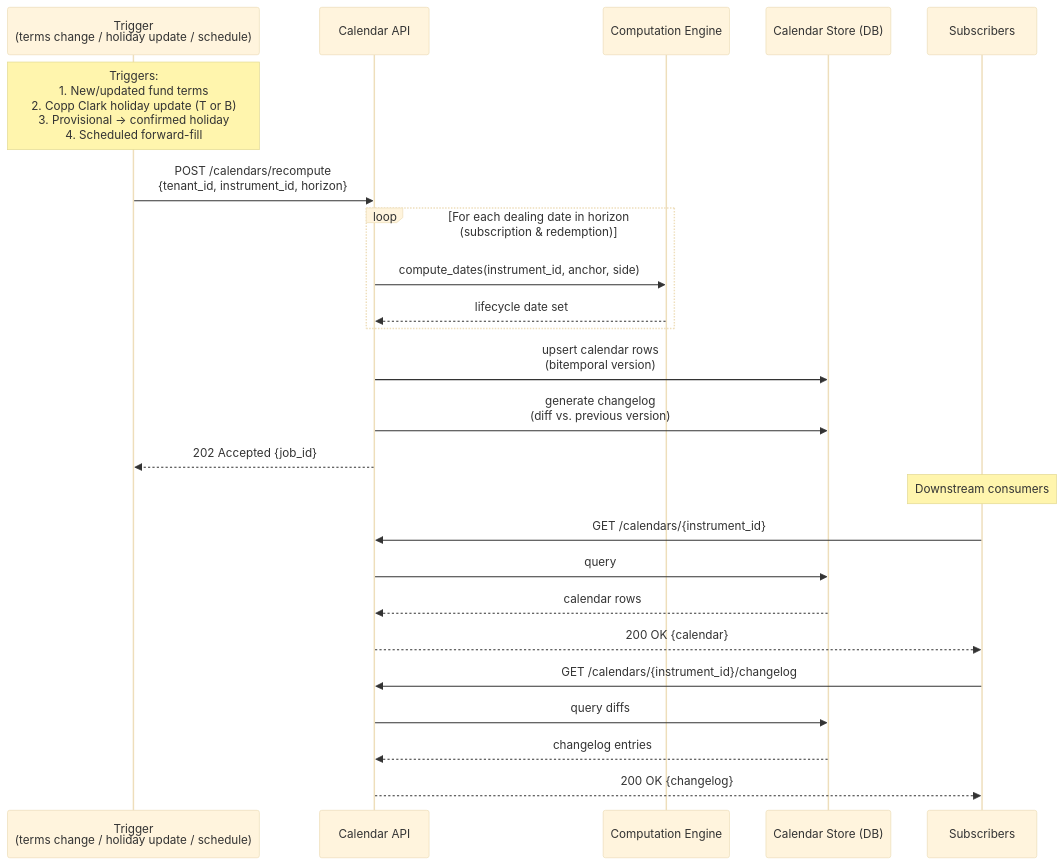
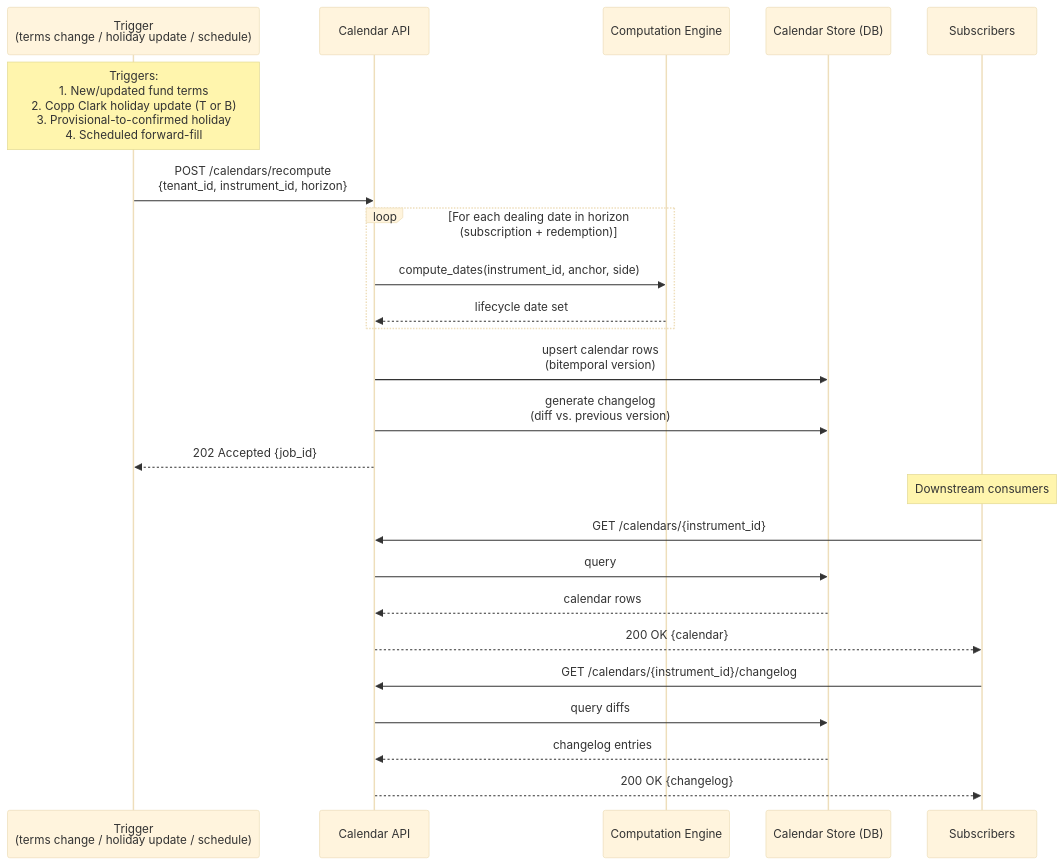
One commit to Ashu290905/OSYTE changed the third of 5 diagrams in lcs-main/docs/architecture_new.md. Above: the diagram before and after it, drawn with Mermaid (base theme). The commit also changed other lines of this file, not shown here.

Commit message:
Update architecture_new.md with latest version

````diff
--- a/lcs-main/docs/architecture_new.md
+++ b/lcs-main/docs/architecture_new.md
@@ -193,33 +193,33 @@
 ```mermaid
 sequenceDiagram
     participant Trigger as Trigger<br/>(terms change / holiday update / schedule)
     participant CalAPI as Calendar API
     participant CE as Computation Engine
     participant Store as Calendar Store (DB)
     participant Sub as Subscribers
 
-    Note over Trigger: Triggers:<br/>1. New/updated fund terms<br/>2. Copp Clark holiday update (T or B)<br/>3. Provisional → confirmed holiday<br/>4. Scheduled forward-fill
+    Note over Trigger: Triggers:<br/>1. New/updated fund terms<br/>2. Copp Clark holiday update (T or B)<br/>3. Provisional-to-confirmed holiday<br/>4. Scheduled forward-fill
 
     Trigger->>CalAPI: POST /calendars/recompute<br/>{tenant_id, instrument_id, horizon}
 
-    loop For each dealing date in horizon<br/>(subscription & redemption)
+    loop For each dealing date in horizon<br/>(subscription + redemption)
         CalAPI->>CE: compute_dates(instrument_id, anchor, side)
         CE-->>CalAPI: lifecycle date set
     end
 
     CalAPI->>Store: upsert calendar rows<br/>(bitemporal version)
     CalAPI->>Store: generate changelog<br/>(diff vs. previous version)
     CalAPI-->>Trigger: 202 Accepted {job_id}
 
     Note over Sub: Downstream consumers
 
     Sub->>CalAPI: GET /calendars/{instrument_id}
     CalAPI->>Store: query
     Store-->>CalAPI: calendar rows
     CalAPI-->>Sub: 200 OK {calendar}
 
     Sub->>CalAPI: GET /calendars/{instrument_id}/changelog
     CalAPI->>Store: query diffs
     Store-->>CalAPI: changelog entries
     CalAPI-->>Sub: 200 OK {changelog}
 ```
````
